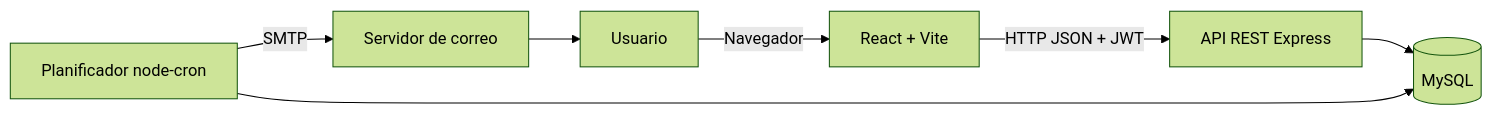
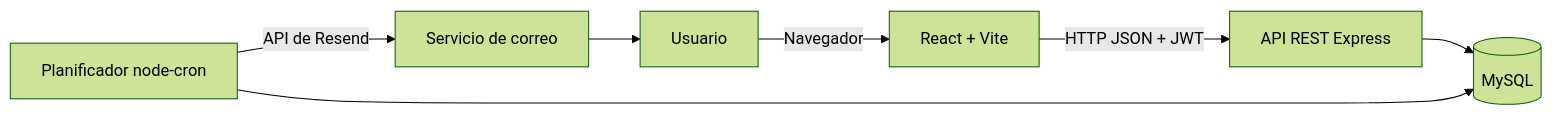
One commit to royzeer/kuadri changed the first of 7 diagrams in docs/02-diseno.md. Above: the diagram before and after it, drawn with Mermaid (forest theme). The commit also changed 1 other file, not shown here.

Commit message:
Mejorar presentación del README para el portafolio
Agrega enlace a la app publicada, insignias, tabla de servicios
publicados y actualiza el diagrama de arquitectura (Resend y
sincronización de campus). Corrige el diagrama de docs/02-diseno.md.

````diff
--- a/docs/02-diseno.md
+++ b/docs/02-diseno.md
@@ -16,9 +16,9 @@
 ```mermaid
 flowchart LR
   U[Usuario] -->|Navegador| FE[React + Vite]
   FE -->|HTTP JSON + JWT| API[API REST Express]
   API --> DB[(MySQL)]
   CRON[Planificador node-cron] --> DB
-  CRON -->|SMTP| MAIL[Servidor de correo]
+  CRON -->|API de Resend| MAIL[Servicio de correo]
   MAIL --> U
 ```
````
